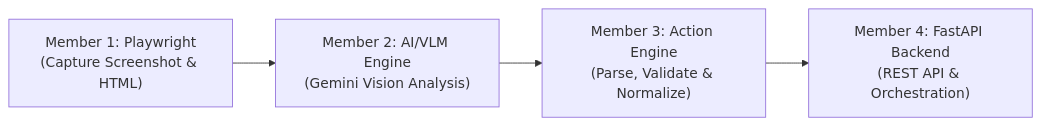
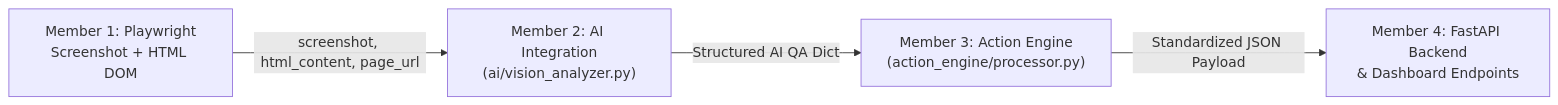
The second of 3 diagrams in README.md (Charishmasree/OmniSight-1), drawn with Mermaid before and after one commit. The commit also changed other lines of this file and 63 other files, not shown here.

````diff
--- a/README.md
+++ b/README.md
@@ -24,6 +372,6 @@
 ```mermaid
 flowchart LR
-    M1["Member 1: Playwright<br>(Capture Screenshot & HTML)"] --> M2["Member 2: AI/VLM Engine<br>(Gemini Vision Analysis)"]
-    M2 --> M3["Member 3: Action Engine<br>(Parse, Validate & Normalize)"]
-    M3 --> M4["Member 4: FastAPI Backend<br>(REST API & Orchestration)"]
+    M1["Member 1: Playwright<br>Screenshot + HTML DOM"] -->|screenshot, html_content, page_url| M2["Member 2: AI Integration<br>(ai/vision_analyzer.py)"]
+    M2 -->|Structured AI QA Dict| M3["Member 3: Action Engine<br>(action_engine/processor.py)"]
+    M3 -->|Standardized JSON Payload| M4["Member 4: FastAPI Backend<br>& Dashboard Endpoints"]
 ```
````
